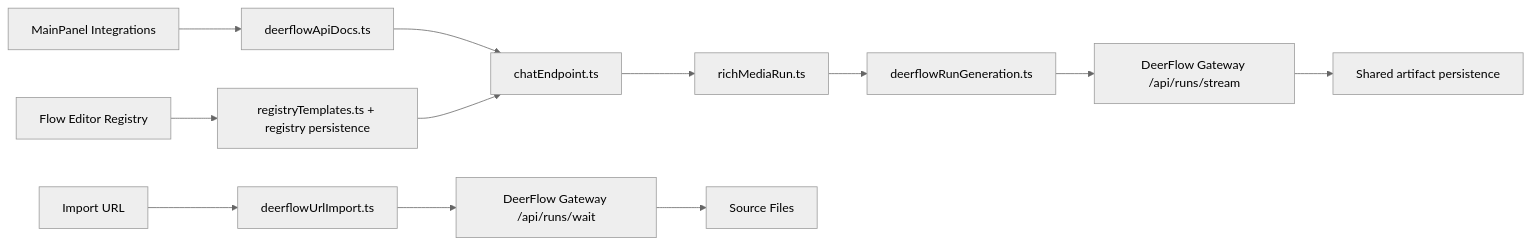
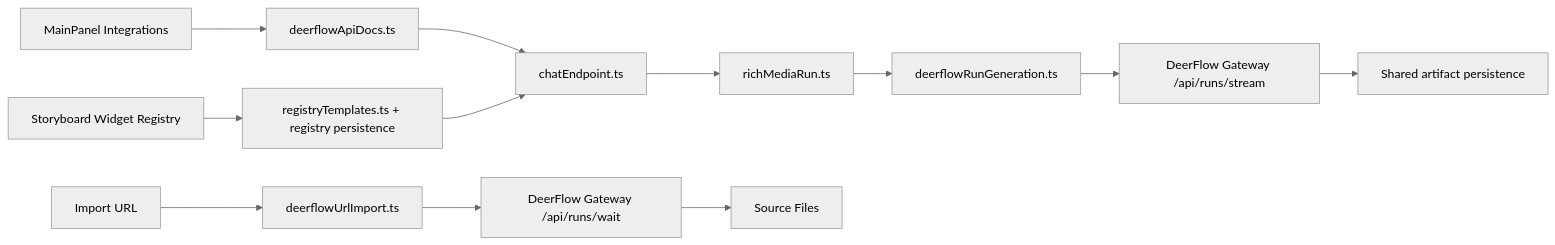
The diagram in docs/documents/knowgrph-deerflow/knowgrph-deerflow-prd-tad.companion.md (huijoohwee/knowgrph), drawn with Mermaid (neutral theme) before and after one commit. The commit also changed other lines of this file and 959 other files, not shown here.

Commit message:
feat: ship storyboard widget runtime

````diff
--- a/docs/documents/knowgrph-deerflow/knowgrph-deerflow-prd-tad.companion.md
+++ b/docs/documents/knowgrph-deerflow/knowgrph-deerflow-prd-tad.companion.md
@@ -17,14 +17,14 @@
 ```mermaid
 flowchart LR
     A[MainPanel Integrations] --> B[deerflowApiDocs.ts]
-    C[Flow Editor Registry] --> D[registryTemplates.ts + registry persistence]
+    C[Storyboard Widget Registry] --> D[registryTemplates.ts + registry persistence]
     B --> E[chatEndpoint.ts]
     D --> E
     E --> F[richMediaRun.ts]
     F --> G[deerflowRunGeneration.ts]
     G --> H[DeerFlow Gateway /api/runs/stream]
     H --> I[Shared artifact persistence]
     J[Import URL] --> K[deerflowUrlImport.ts]
     K --> L[DeerFlow Gateway /api/runs/wait]
     L --> M[Source Files]
 ```
````
